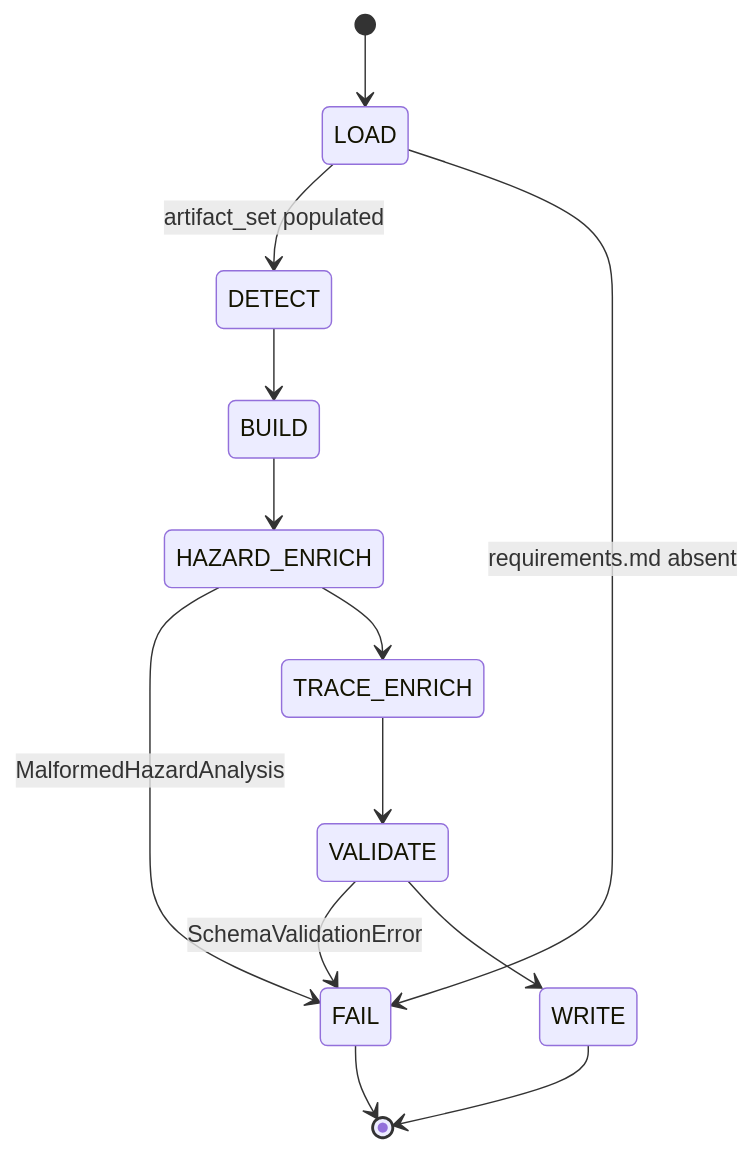
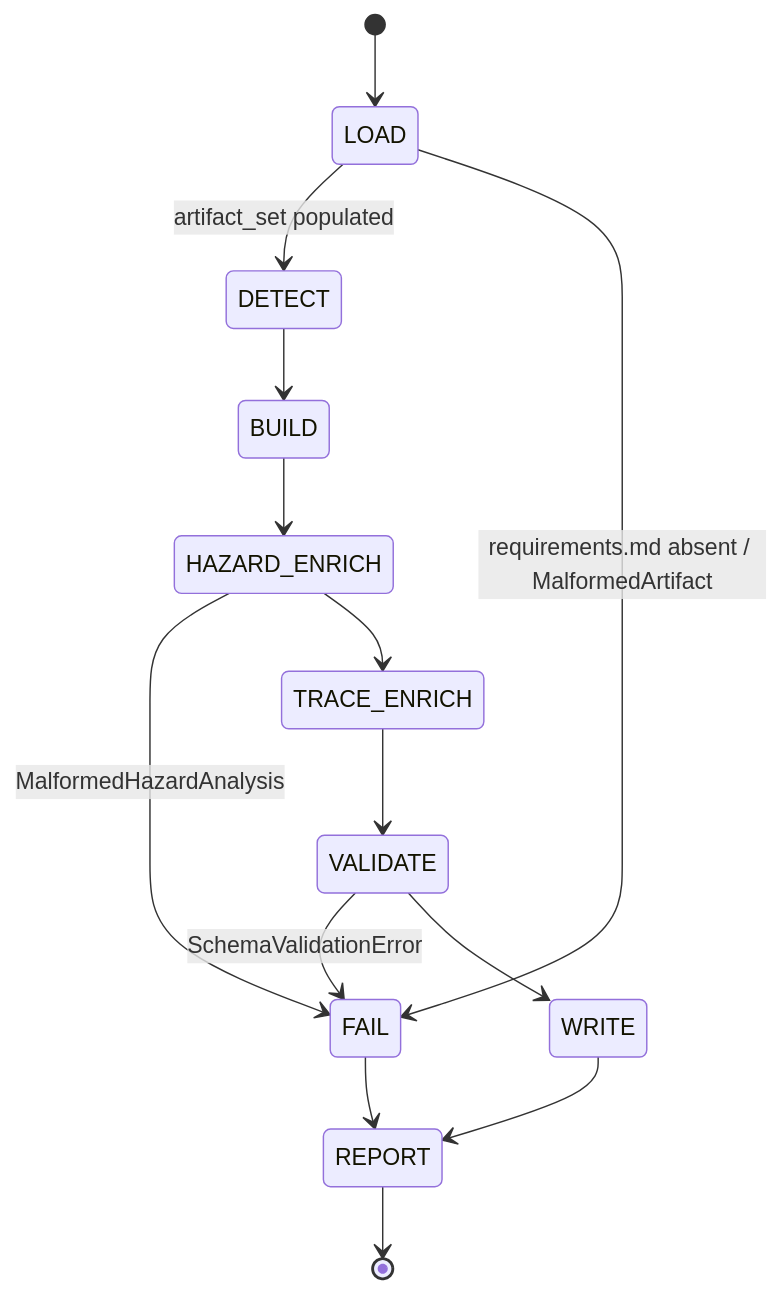
The second of 3 diagrams in specs/007-bridge-commands/v-model/module-design.md (leocamello/spec-kit-v-model), drawn with Mermaid before and after one commit. The commit also changed other lines of this file and 2 other files, not shown here.

First paragraph of the commit message:
v-model.peer-review-fix(007): Pass A — system/architecture/module fixes
Resolves source-artifact findings from peer-review pass 1:

````diff
--- a/specs/007-bridge-commands/v-model/module-design.md
+++ b/specs/007-bridge-commands/v-model/module-design.md
@@ -284,15 +284,16 @@
 ```mermaid
 stateDiagram-v2
     [*] --> LOAD
     LOAD --> DETECT : artifact_set populated
-    LOAD --> FAIL : requirements.md absent
+    LOAD --> FAIL : requirements.md absent / MalformedArtifact
     DETECT --> BUILD
     BUILD --> HAZARD_ENRICH
     HAZARD_ENRICH --> FAIL : MalformedHazardAnalysis
     HAZARD_ENRICH --> TRACE_ENRICH
     TRACE_ENRICH --> VALIDATE
     VALIDATE --> FAIL : SchemaValidationError
     VALIDATE --> WRITE
-    WRITE --> [*]
-    FAIL --> [*]
+    WRITE --> REPORT
+    FAIL --> REPORT
+    REPORT --> [*]
 ```
````
